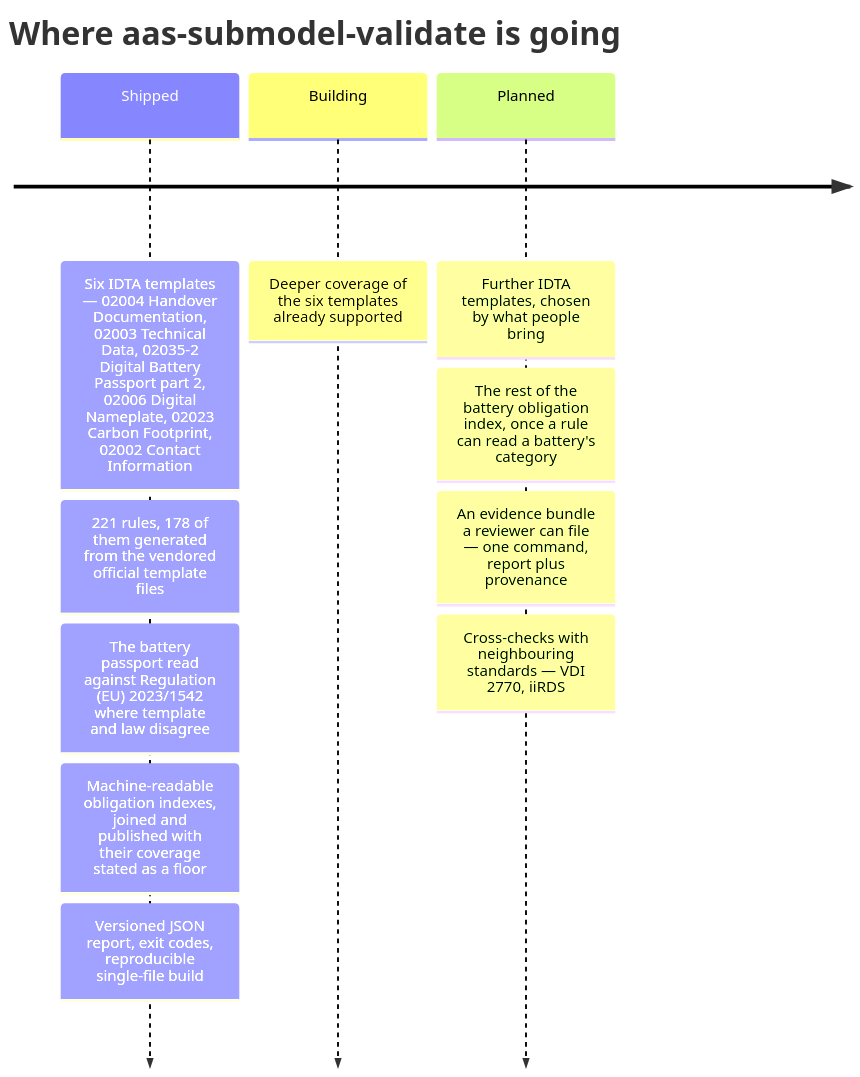
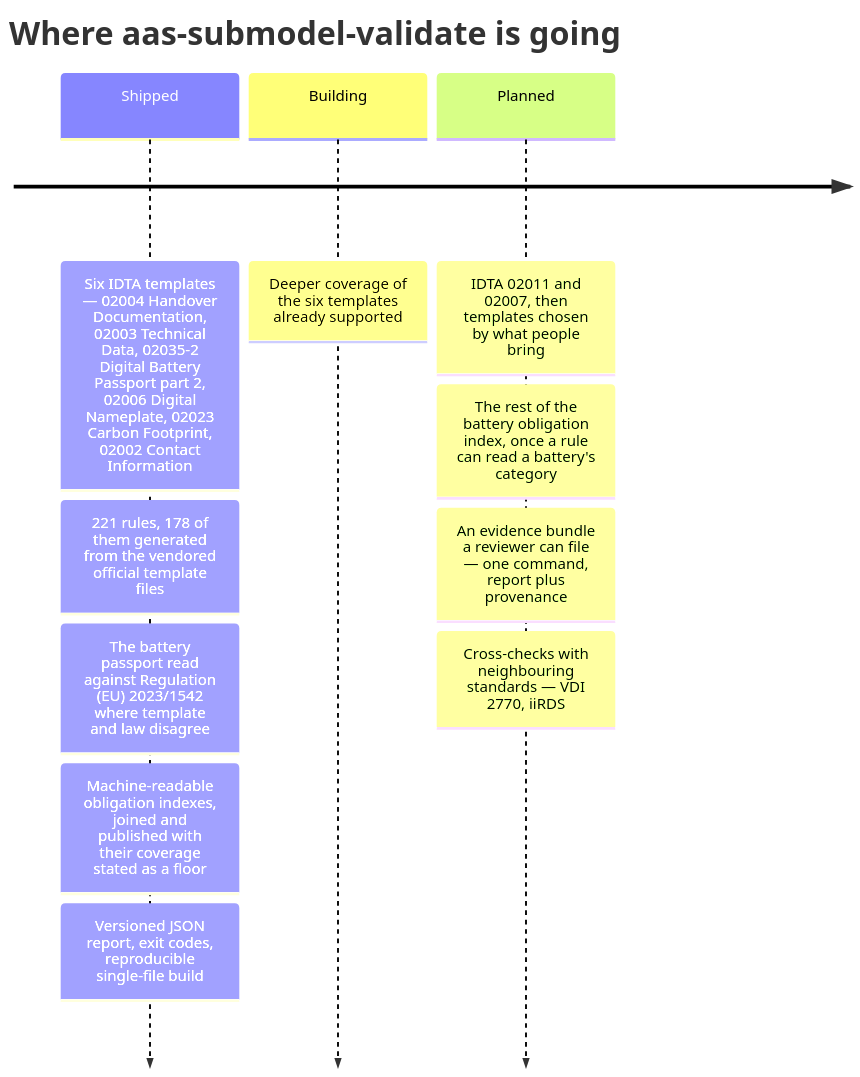
Before and after one commit to dev365code/aas-submodel-validate: the second of 2 diagrams in README.md, drawn with Mermaid. The commit also changed other lines of this file and 6 other files, not shown here.

````diff
--- a/README.md
+++ b/README.md
@@ -276,14 +276,14 @@
 ```mermaid
 timeline
     title Where aas-submodel-validate is going
     Shipped : Six IDTA templates — 02004 Handover Documentation, 02003 Technical Data, 02035-2 Digital Battery Passport part 2, 02006 Digital Nameplate, 02023 Carbon Footprint, 02002 Contact Information
             : 221 rules, 178 of them generated from the vendored official template files
             : The battery passport read against Regulation (EU) 2023/1542 where template and law disagree
             : Machine-readable obligation indexes, joined and published with their coverage stated as a floor
             : Versioned JSON report, exit codes, reproducible single-file build
     Building : Deeper coverage of the six templates already supported
-    Planned : Further IDTA templates, chosen by what people bring
+    Planned : IDTA 02011 and 02007, then templates chosen by what people bring
             : The rest of the battery obligation index, once a rule can read a battery's category
             : An evidence bundle a reviewer can file — one command, report plus provenance
             : Cross-checks with neighbouring standards — VDI 2770, iiRDS
 ```
````
